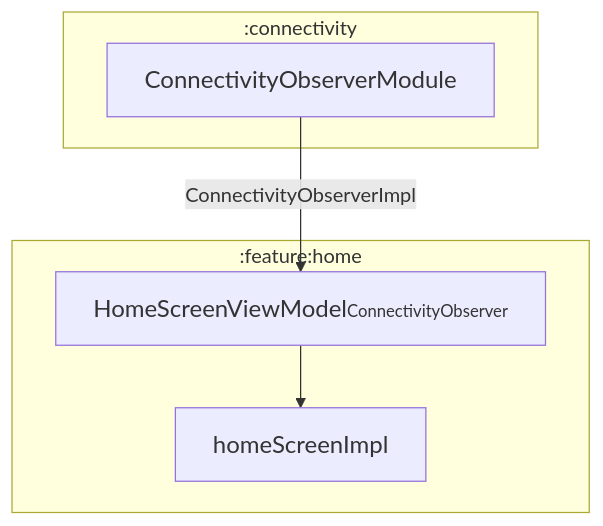
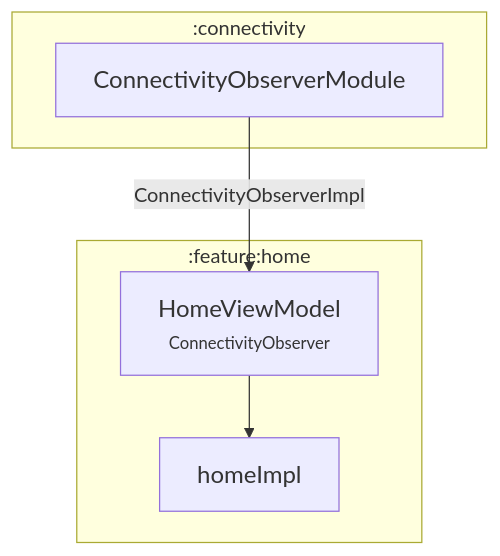
The first of 2 diagrams in feature/home/README.md (MarcelMilka/SayItAgain), drawn with Mermaid before and after one commit. The commit also changed other lines of this file, not shown here.

Commit message:
docs(app): update module-level documentation

````diff
--- a/feature/home/README.md
+++ b/feature/home/README.md
@@ -34,21 +34,21 @@
 ```mermaid
 flowchart TD
 
     ConnectivityObserverModule["<big>ConnectivityObserverModule</big>"]
-    homeScreenImpl["<big>homeScreenImpl</big>"]
+    homeScreenImpl["<big>homeImpl</big>"]
 
-    HomeScreenViewModel[<big>HomeScreenViewModel</big><small>ConnectivityObserver</small>]
+    HomeViewModel[<big>HomeViewModel</big><div><small>ConnectivityObserver</small>]
 
     subgraph ":feature:home"
 
-        HomeScreenViewModel --> homeScreenImpl
+        HomeViewModel --> homeScreenImpl
     end
 
     subgraph ":connectivity"
 
         ConnectivityObserverModule
     end
 
 
-    ConnectivityObserverModule -- ConnectivityObserverImpl --> HomeScreenViewModel
+    ConnectivityObserverModule -- ConnectivityObserverImpl --> HomeViewModel
 ```
````
